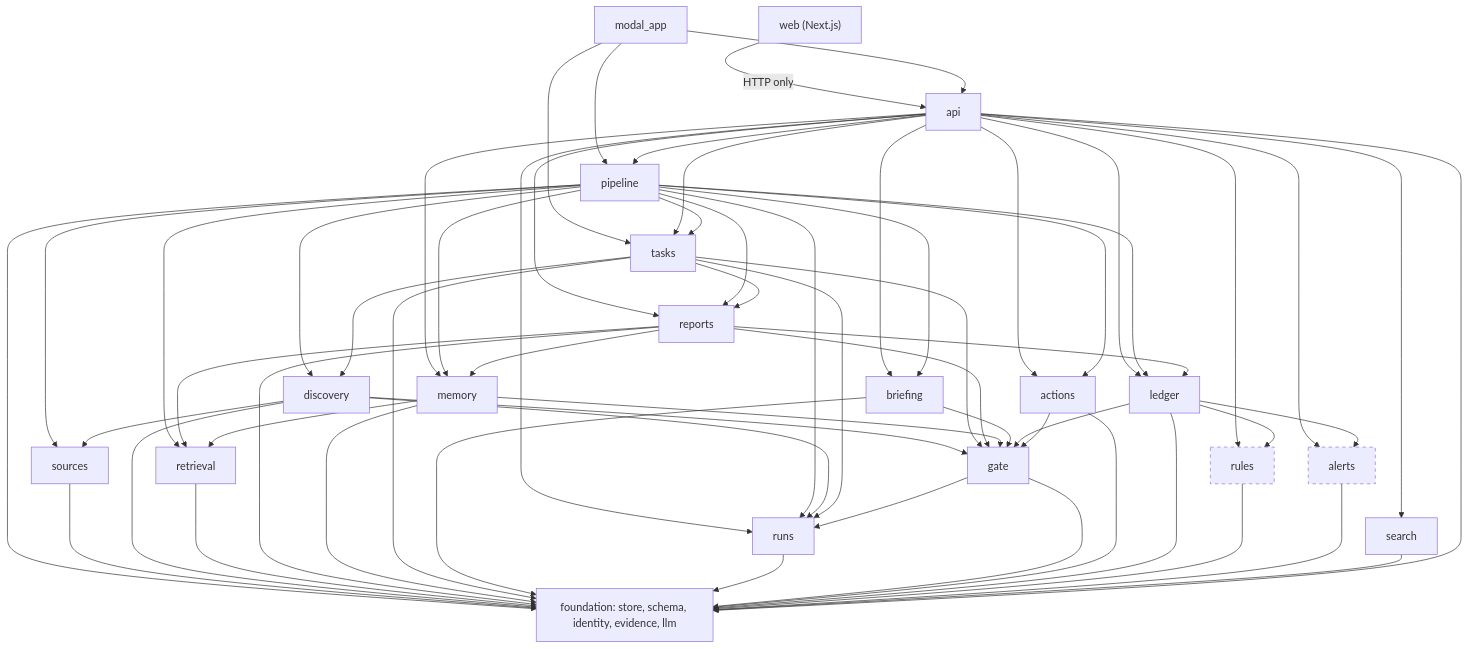
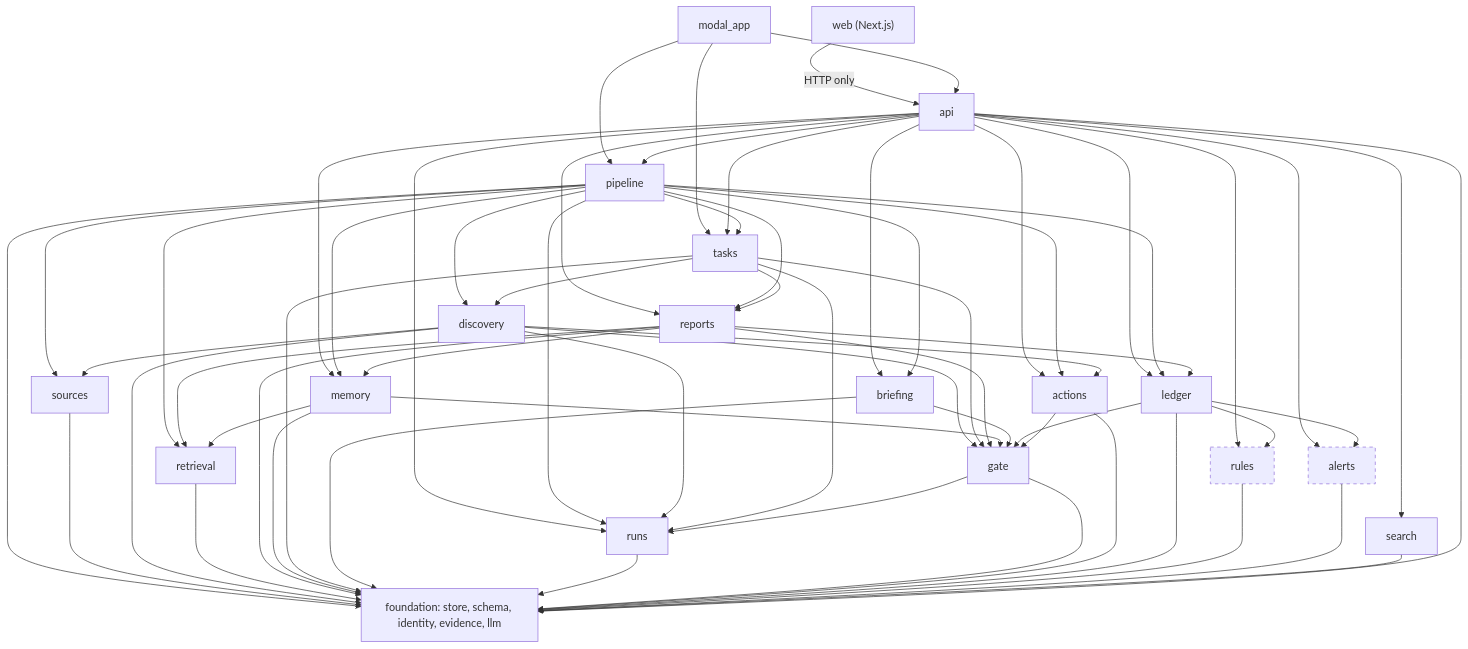
Before and after one commit to lutic1/agents-in-context-toronto: the first of 7 diagrams in _bmad-output/planning-artifacts/architecture/architecture-agents-in-context-toronto-2026-11-13/ARCHITECTURE-SPINE.md, drawn with Mermaid. The commit also changed other lines of this file and 1 other file, not shown here.

````diff
--- a/_bmad-output/planning-artifacts/architecture/architecture-agents-in-context-toronto-2026-11-13/ARCHITECTURE-SPINE.md
+++ b/_bmad-output/planning-artifacts/architecture/architecture-agents-in-context-toronto-2026-11-13/ARCHITECTURE-SPINE.md
@@ -88,66 +88,67 @@
 ```mermaid
 flowchart TD
   web["web (Next.js)"] -->|HTTP only| api
   modal["modal_app"] --> api
   modal --> pipeline
   modal --> tasks
   api --> pipeline
   api --> runs
   api --> actions
   api --> search
   api --> ledger
   api --> reports
   api --> memory
   api --> tasks
   api --> briefing
   api --> rules
   api --> alerts
   pipeline --> sources
   pipeline --> discovery
   pipeline --> retrieval
   pipeline --> reports
   pipeline --> memory
   pipeline --> briefing
   pipeline --> runs
   pipeline --> ledger
   pipeline --> actions
   pipeline --> tasks
   discovery --> sources
   discovery --> gate
   discovery --> runs
+  discovery --> actions
   tasks --> discovery
   tasks --> reports
   tasks --> gate
   tasks --> runs
   reports --> retrieval
   reports --> memory
   reports --> ledger
   reports --> gate
   memory --> retrieval
   memory --> gate
   briefing --> gate
   ledger --> gate
   actions --> gate
   gate --> runs
   ledger --> rules
   ledger --> alerts
   pipeline --> foundation
   sources --> foundation
   discovery --> foundation
   retrieval --> foundation
   reports --> foundation
   memory --> foundation
   tasks --> foundation
   briefing --> foundation
   runs --> foundation
   gate --> foundation
   actions --> foundation
   ledger --> foundation
   rules --> foundation
   alerts --> foundation
   search --> foundation
   api --> foundation
   foundation["foundation: store, schema, identity, evidence, llm"]
   classDef deferred stroke-dasharray: 5 5
   class rules,alerts deferred
 ```
````
